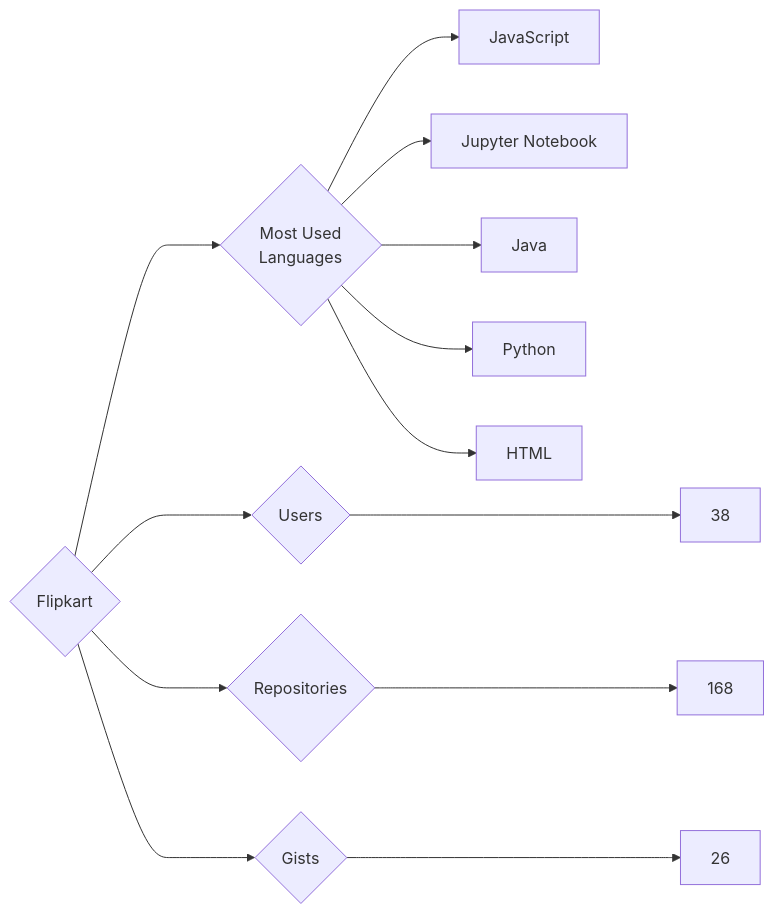
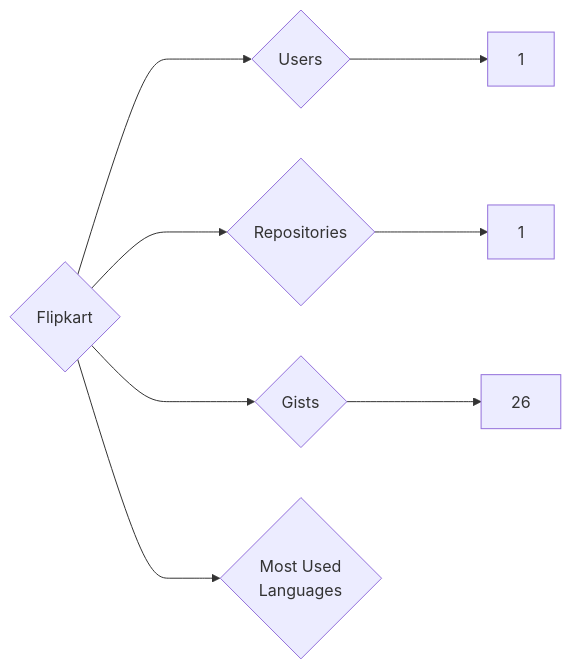
The diagram in targets/Flipkart/README.md (trickest/insiders), drawn with Mermaid before and after one commit. The commit also changed 874 other files, not shown here.

````diff
--- a/targets/Flipkart/README.md
+++ b/targets/Flipkart/README.md
@@ -3,13 +3,8 @@
 ```mermaid
 graph LR
 COMPANY_NAME{Flipkart}
-COMPANY_NAME ---> U{Users} ---> UN[38]
-COMPANY_NAME ---> R{Repositories} ---> RN[168]
+COMPANY_NAME ---> U{Users} ---> UN[1]
+COMPANY_NAME ---> R{Repositories} ---> RN[1]
 COMPANY_NAME ---> G{Gists} ---> GN[26]
 COMPANY_NAME ---> ML{Most Used<br>Languages}
-ML --> JavaScript[JavaScript]
-ML --> Jupyter_Notebook[Jupyter Notebook]
-ML --> Java[Java]
-ML --> Python[Python]
-ML --> HTML[HTML]
 ```
````
